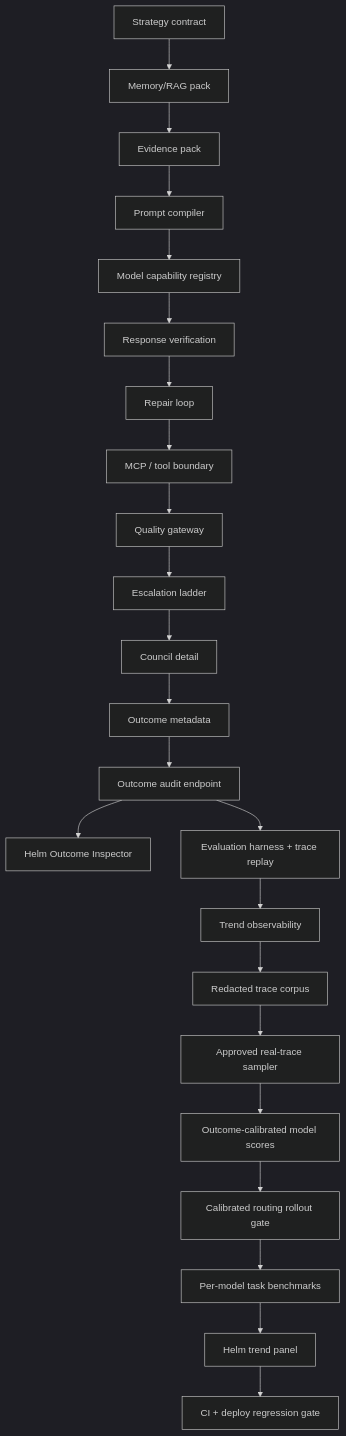
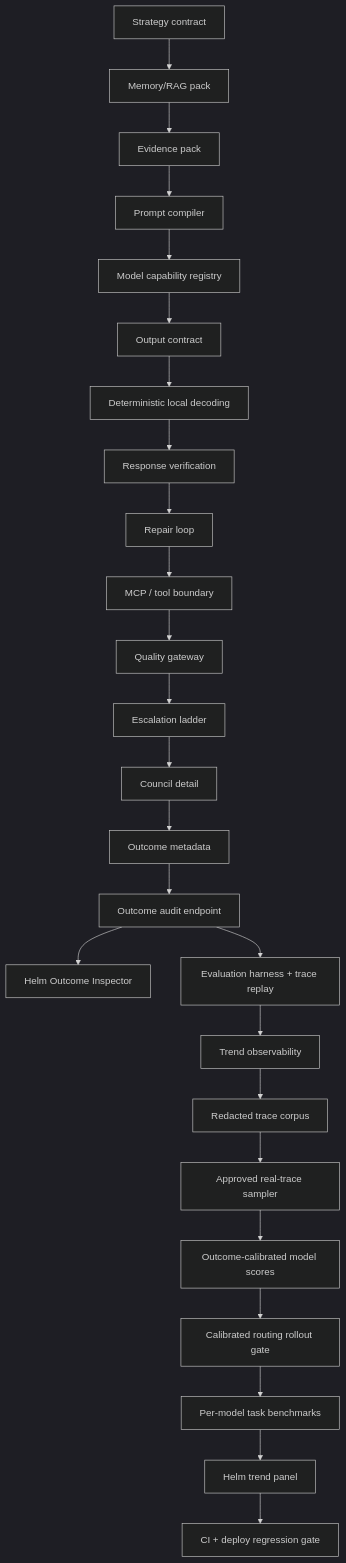
One commit to kphaas/jarvis-alpha changed the second of 2 diagrams in docs/audit/AT0_CHAT_QUALITY_ARCHITECTURE_GAP_LEDGER_2026-07-09.md. Above: the diagram before and after it, drawn with Mermaid (dark theme). The commit also changed other lines of this file and 1 other file, not shown here.

````diff
--- a/docs/audit/AT0_CHAT_QUALITY_ARCHITECTURE_GAP_LEDGER_2026-07-09.md
+++ b/docs/audit/AT0_CHAT_QUALITY_ARCHITECTURE_GAP_LEDGER_2026-07-09.md
@@ -31,25 +31,27 @@
 ```mermaid
 flowchart TD
     S["Strategy contract"] --> M["Memory/RAG pack"]
     M --> C["Evidence pack"]
     C --> P["Prompt compiler"]
     P --> R["Model capability registry"]
-    R --> V["Response verification"]
+    R --> OC["Output contract"]
+    OC --> LD["Deterministic local decoding"]
+    LD --> V["Response verification"]
     V --> RL["Repair loop"]
     RL --> TB["MCP / tool boundary"]
     TB --> Q["Quality gateway"]
     Q --> E["Escalation ladder"]
     E --> D["Council detail"]
     D --> O["Outcome metadata"]
     O --> A["Outcome audit endpoint"]
     A --> H["Helm Outcome Inspector"]
     A --> EV["Evaluation harness + trace replay"]
     EV --> T["Trend observability"]
     T --> RC["Redacted trace corpus"]
     RC --> RS["Approved real-trace sampler"]
     RS --> MS["Outcome-calibrated model scores"]
     MS --> CR["Calibrated routing rollout gate"]
     CR --> PM["Per-model task benchmarks"]
     PM --> HP["Helm trend panel"]
     HP --> G["CI + deploy regression gate"]
 ```
````
